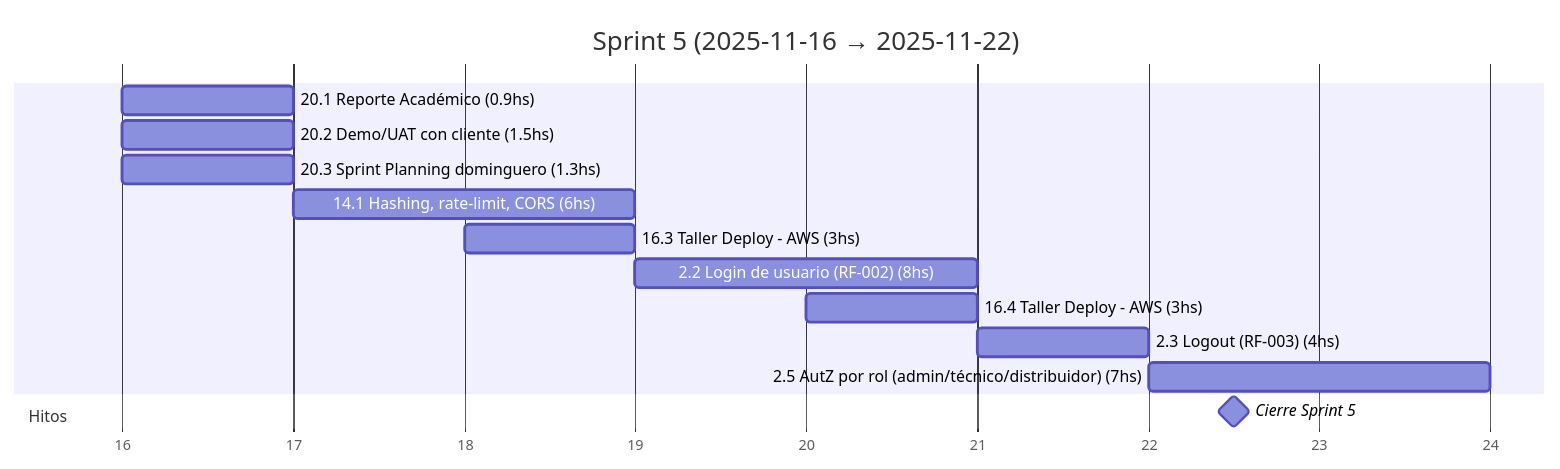
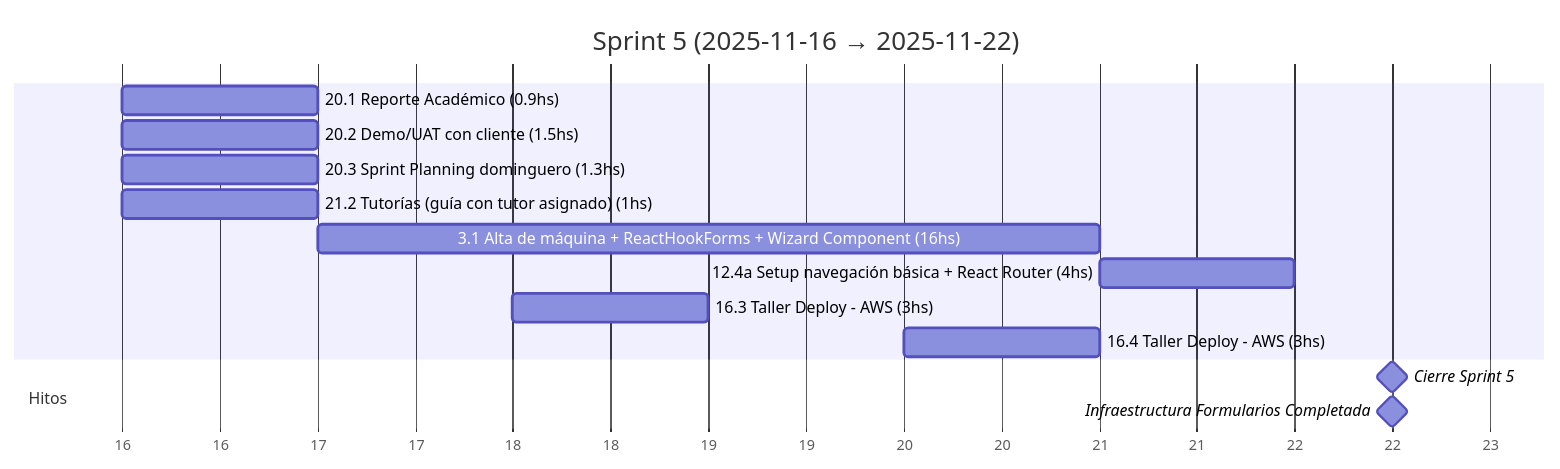
The sixth of 19 diagrams in docs/SprintsGantts.md (MarkMed/FleetMan), drawn with Mermaid before and after one commit. The commit also changed 3 other files, not shown here.

Commit message:
feat(sprints): enhance sprint planning and Gantt charts with updated tasks and estimated hours

````diff
--- a/docs/SprintsGantts.md
+++ b/docs/SprintsGantts.md
@@ -155,21 +155,21 @@
 ```mermaid
 gantt
   title Sprint 5 (2025-11-16 → 2025-11-22)
   dateFormat  YYYY-MM-DD
   axisFormat  %d
 
   %% Asumimos 5 h/día. Horas estimadas incluidas en el nombre.
 
   20.1 Reporte Académico (0.9hs)               :t201, 2025-11-16, 1d
   20.2 Demo/UAT con cliente (1.5hs)            :t202, 2025-11-16, 1d
   20.3 Sprint Planning dominguero (1.3hs)      :t203, 2025-11-16, 1d
-  14.1 Hashing, rate-limit, CORS (6hs)         :t141, after t203, 2d
+  21.2 Tutorías (guía con tutor asignado) (1hs) :t212, 2025-11-16, 1d
+  3.1 Alta de máquina + ReactHookForms + Wizard Component (16hs) :t31, after t203, 4d
+  12.4a Setup navegación básica + React Router (4hs) :t124a, after t31, 1d
   16.3 Taller Deploy - AWS (3hs)               :t163, 2025-11-18, 1d
-  2.2 Login de usuario (RF-002) (8hs)          :t22, after t141, 2d
   16.4 Taller Deploy - AWS (3hs)               :t164, 2025-11-20, 1d
-  2.3 Logout (RF-003) (4hs)                    :t23, after t22, 1d
-  2.5 AutZ por rol (admin/técnico/distribuidor) (7hs) :t25, after t23, 2d
 
   section Hitos
   Cierre Sprint 5                              :milestone, s5, 2025-11-22, 1d
+  Infraestructura Formularios Completada       :milestone, forms, 2025-11-22, 1d
 ```
````
